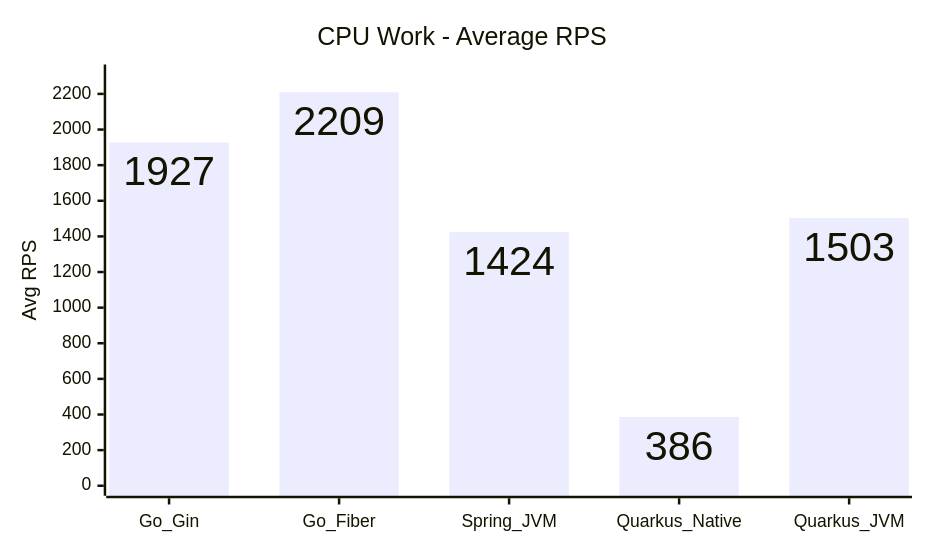
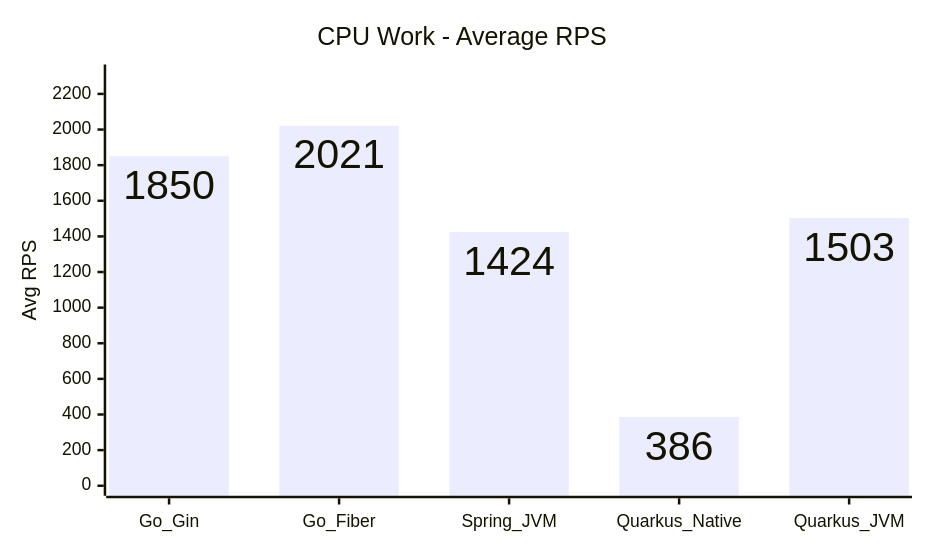
The tenth of 15 diagrams in COMPARISON_REPORT.md (hiiamtin/go-vs-java), drawn with Mermaid before and after one commit. The commit also changed other lines of this file and 58 other files, not shown here.

````diff
--- a/COMPARISON_REPORT.md
+++ b/COMPARISON_REPORT.md
@@ -187,14 +187,14 @@
 ```mermaid
 ---
 config:
   xyChart:
     width: 720
     height: 420
     showDataLabel: true
 ---
 xychart
     title "CPU Work - Average RPS"
     x-axis [Go_Gin, Go_Fiber, Spring_JVM, Quarkus_Native, Quarkus_JVM]
     y-axis "Avg RPS" 0 --> 2309
-    bar [1927, 2209, 1424, 386, 1503]
+    bar [1850, 2021, 1424, 386, 1503]
 ```
````
